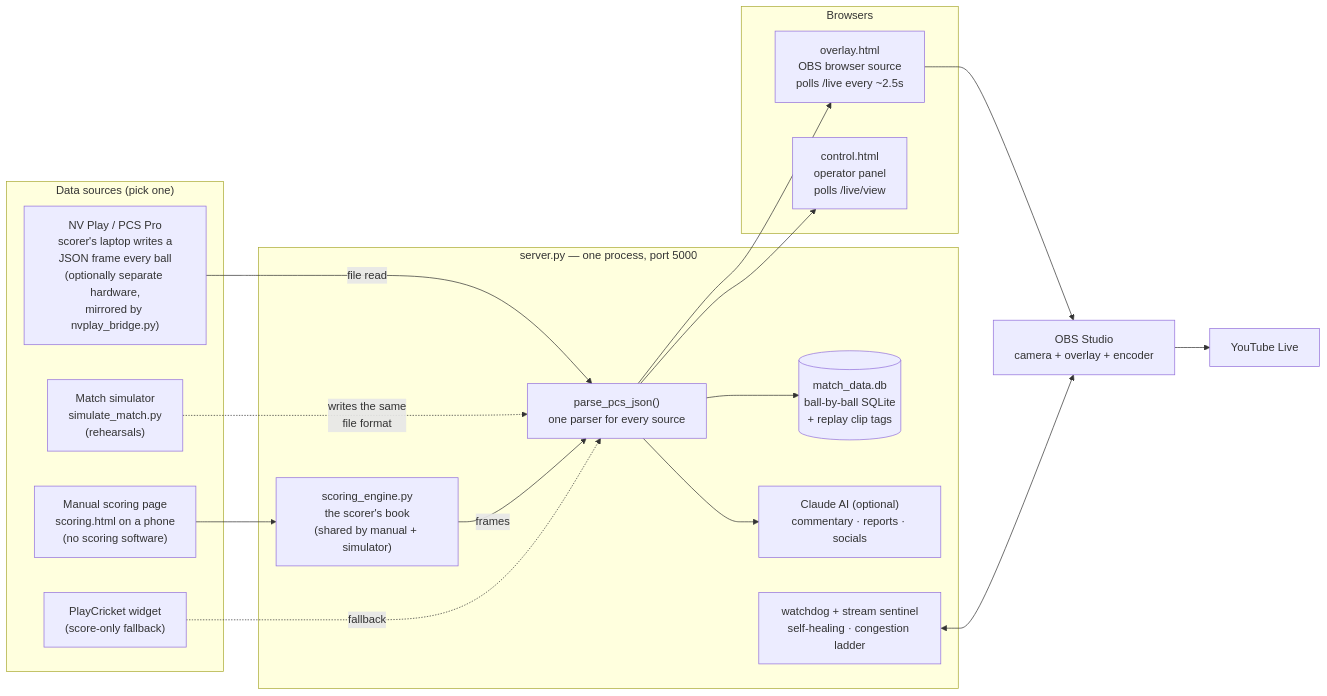
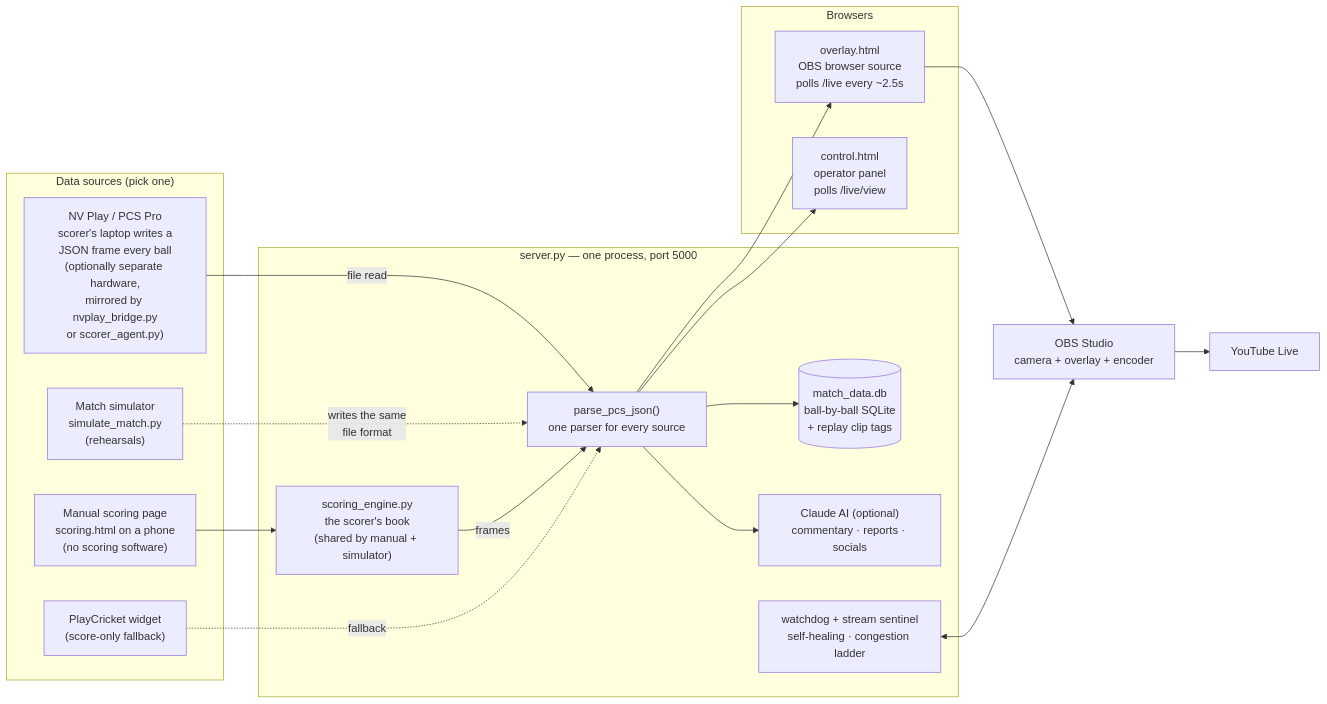
One commit to BridestoweBelstoneCC/Cricket-Live-Stream changed the first of 2 diagrams in ARCHITECTURE.md. Above: the diagram before and after it, drawn with Mermaid. The commit also changed other lines of this file and 2 other files, not shown here.

First line of the commit message:
Docs pass: scorer_agent.py into ARCHITECTURE/README, camera-in-Replay gotcha

````diff
--- a/ARCHITECTURE.md
+++ b/ARCHITECTURE.md
@@ -16,38 +16,38 @@
 ```mermaid
 flowchart LR
     subgraph sources["Data sources (pick one)"]
-        NV["NV Play / PCS Pro<br/>scorer's laptop writes a<br/>JSON frame every ball<br/>(optionally separate hardware,<br/>mirrored by nvplay_bridge.py)"]
+        NV["NV Play / PCS Pro<br/>scorer's laptop writes a<br/>JSON frame every ball<br/>(optionally separate hardware,<br/>mirrored by nvplay_bridge.py<br/>or scorer_agent.py)"]
         MAN["Manual scoring page<br/>scoring.html on a phone<br/>(no scoring software)"]
         SIM["Match simulator<br/>simulate_match.py<br/>(rehearsals)"]
         WID["PlayCricket widget<br/>(score-only fallback)"]
     end
 
     subgraph srv["server.py — one process, port 5000"]
         PARSE["parse_pcs_json()<br/>one parser for every source"]
         ENG["scoring_engine.py<br/>the scorer's book<br/>(shared by manual + simulator)"]
         DB[("match_data.db<br/>ball-by-ball SQLite<br/>+ replay clip tags")]
         AI["Claude AI (optional)<br/>commentary · reports · socials"]
         WATCH["watchdog + stream sentinel<br/>self-healing · congestion ladder"]
     end
 
     subgraph consumers["Browsers"]
         OV["overlay.html<br/>OBS browser source<br/>polls /live every ~2.5s"]
         CP["control.html<br/>operator panel<br/>polls /live/view"]
     end
 
     OBS["OBS Studio<br/>camera + overlay + encoder"]
     YT["YouTube Live"]
 
     NV -- "file read" --> PARSE
     MAN --> ENG
     SIM -. "writes the same<br/>file format" .-> PARSE
     ENG -- "frames" --> PARSE
     WID -. "fallback" .-> PARSE
     PARSE --> OV
     PARSE --> CP
     PARSE --> DB
     PARSE --> AI
     OV --> OBS
     WATCH <--> OBS
     OBS --> YT
 ```
````
